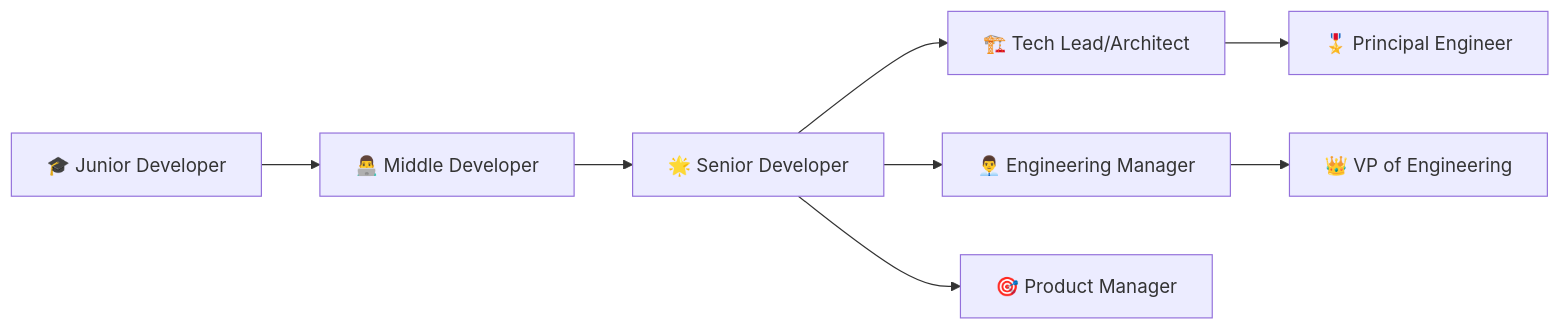
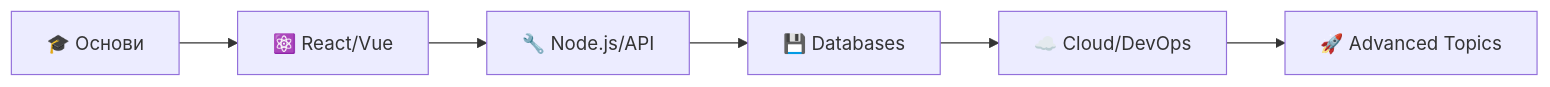
One commit to olroi421/course-web changed diagram 20 of 20 in docs/presentations/presentation-01.md. Above: the diagram before and after it, drawn with Mermaid. The commit also changed other lines of this file and 2 other files, not shown here.

````diff
--- a/docs/presentations/presentation-01.md
+++ b/docs/presentations/presentation-01.md
@@ -263,12 +677,8 @@
 ```mermaid
 graph LR
-    A[🎓 Junior Developer] --> B[👨‍💻 Middle Developer]
-    B --> C[🌟 Senior Developer]
-
-    C --> D[🏗️ Tech Lead/Architect]
-    C --> E[👨‍💼 Engineering Manager]
-    C --> F[🎯 Product Manager]
-
-    D --> G[🎖️ Principal Engineer]
-    E --> H[👑 VP of Engineering]
+    A[🎓 Основи] --> B[⚛️ React/Vue]
+    B --> C[🔧 Node.js/API]
+    C --> D[💾 Databases]
+    D --> E[☁️ Cloud/DevOps]
+    E --> F[🚀 Advanced Topics]
 ```
````
